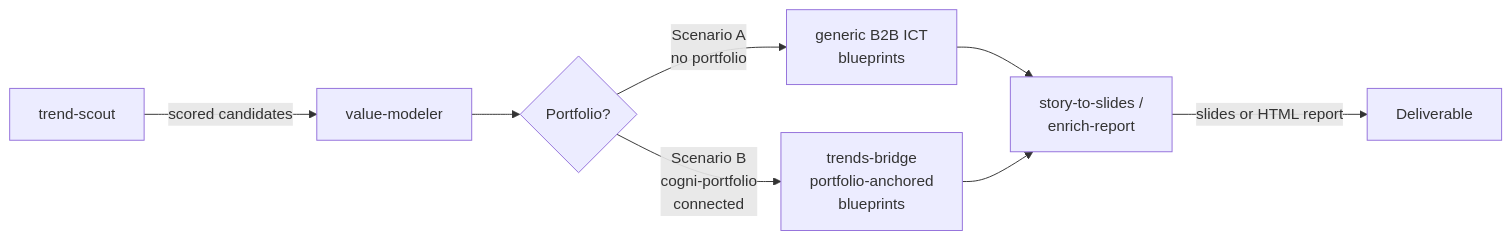
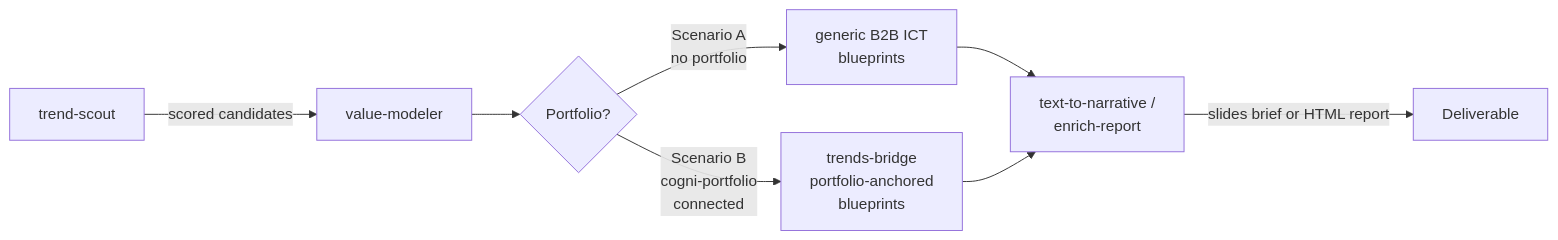
Before and after one commit to cogni-work/cogni-works: the diagram in docs/workflows/trends-to-solutions.md, drawn with Mermaid. The commit also changed other lines of this file and 234 other files, not shown here.

First line of the commit message:
cogni-workspace: retire narrative, narrative-publish and the story-to-* producers in favour of text-to-narrative (#1893)

````diff
--- a/docs/workflows/trends-to-solutions.md
+++ b/docs/workflows/trends-to-solutions.md
@@ -7,10 +7,10 @@
 ```mermaid
 graph LR
     A[trend-scout] -->|scored candidates| B[value-modeler]
     B --> C{Portfolio?}
     C -->|Scenario A<br/>no portfolio| SA[generic B2B ICT<br/>blueprints]
     C -->|Scenario B<br/>cogni-portfolio<br/>connected| SB[trends-bridge<br/>portfolio-anchored<br/>blueprints]
-    SA --> D[story-to-slides /<br/>enrich-report]
+    SA --> D[text-to-narrative /<br/>enrich-report]
     SB --> D
-    D -->|slides or HTML report| E[Deliverable]
+    D -->|slides brief or HTML report| E[Deliverable]
 ```
````
